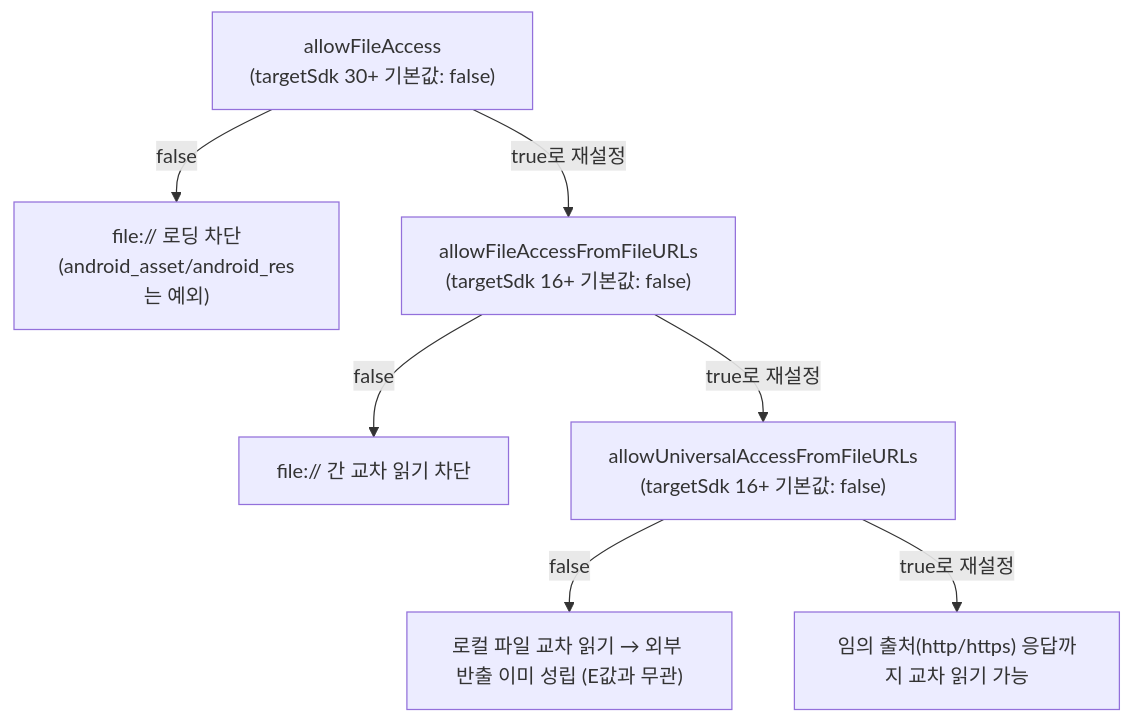
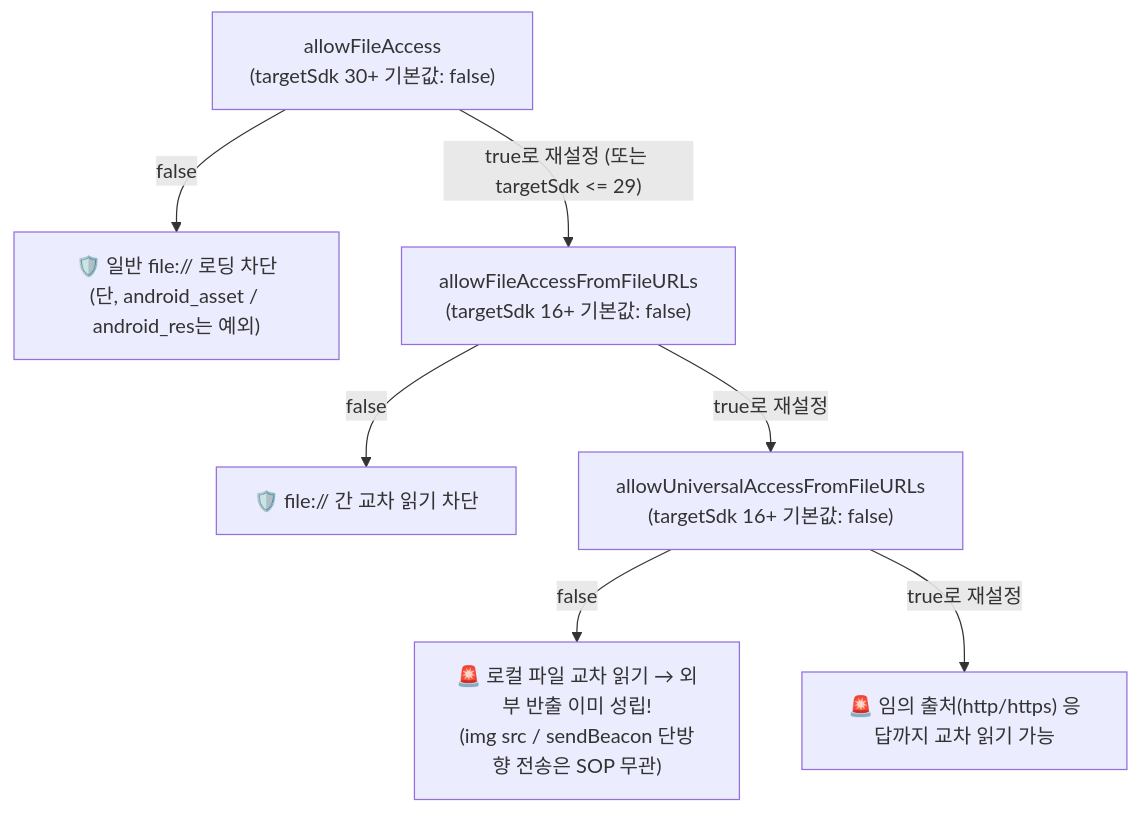
One commit to gooyong-sec/gooyong-sec.github.io changed the second of 3 diagrams in content/모바일취약점/모바일 취약점 진단 — WebView와 파일 접근 취약점.md. Above: the diagram before and after it, drawn with Mermaid. The commit also changed other lines of this file and 68 other files, not shown here.

````diff
--- a/content/모바일취약점/모바일 취약점 진단 — WebView와 파일 접근 취약점.md
+++ b/content/모바일취약점/모바일 취약점 진단 — WebView와 파일 접근 취약점.md
@@ -65,9 +88,9 @@
 ```mermaid
 flowchart TD
-    A["allowFileAccess<br/>(targetSdk 30+ 기본값: false)"] -->|false| B["file:// 로딩 차단<br/>(android_asset/android_res는 예외)"]
-    A -->|true로 재설정| C["allowFileAccessFromFileURLs<br/>(targetSdk 16+ 기본값: false)"]
-    C -->|false| D["file:// 간 교차 읽기 차단"]
-    C -->|true로 재설정| E["allowUniversalAccessFromFileURLs<br/>(targetSdk 16+ 기본값: false)"]
-    E -->|false| F["로컬 파일 교차 읽기 → 외부 반출 이미 성립 (E값과 무관)"]
-    E -->|true로 재설정| G["임의 출처(http/https) 응답까지 교차 읽기 가능"]
+    A["allowFileAccess<br/>(targetSdk 30+ 기본값: false)"] -->|"false"| B["🛡️ 일반 file:// 로딩 차단<br/>(단, android_asset / android_res는 예외)"]
+    A -->|"true로 재설정 (또는 targetSdk <= 29)"| C["allowFileAccessFromFileURLs<br/>(targetSdk 16+ 기본값: false)"]
+    C -->|"false"| D["🛡️ file:// 간 교차 읽기 차단"]
+    C -->|"true로 재설정"| E["allowUniversalAccessFromFileURLs<br/>(targetSdk 16+ 기본값: false)"]
+    E -->|"false"| F["🚨 로컬 파일 교차 읽기 → 외부 반출 이미 성립!<br/>(img src / sendBeacon 단방향 전송은 SOP 무관)"]
+    E -->|"true로 재설정"| G["🚨 임의 출처(http/https) 응답까지 교차 읽기 가능"]
 ```
````
